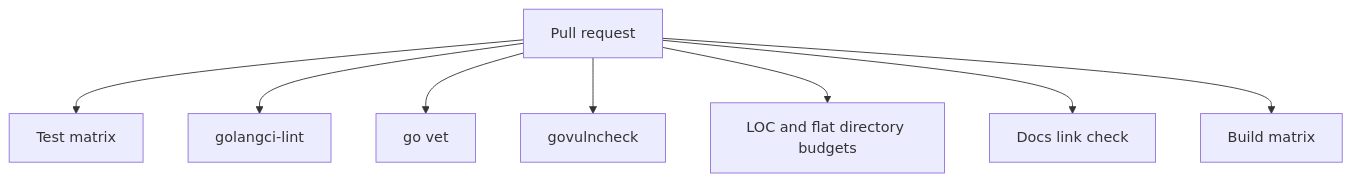
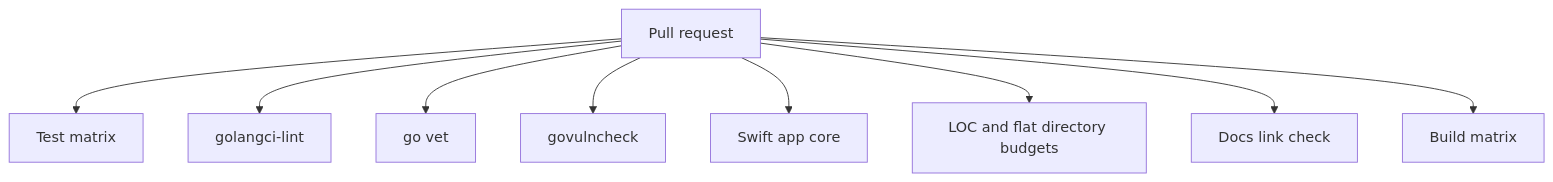
Before and after one commit to dotbrains/beam: the diagram in docs/ci.md, drawn with Mermaid. The commit also changed other lines of this file and 7 other files, not shown here.

First line of the commit message:
feat: add tested iOS app core

````diff
--- a/docs/ci.md
+++ b/docs/ci.md
@@ -8,10 +8,11 @@
 ```mermaid
 flowchart TB
   pr[Pull request] --> test[Test matrix]
   pr --> lint[golangci-lint]
   pr --> vet[go vet]
   pr --> vuln[govulncheck]
+  pr --> ios[Swift app core]
   pr --> budgets[LOC and flat directory budgets]
   pr --> docs[Docs link check]
   pr --> build[Build matrix]
 ```
````
